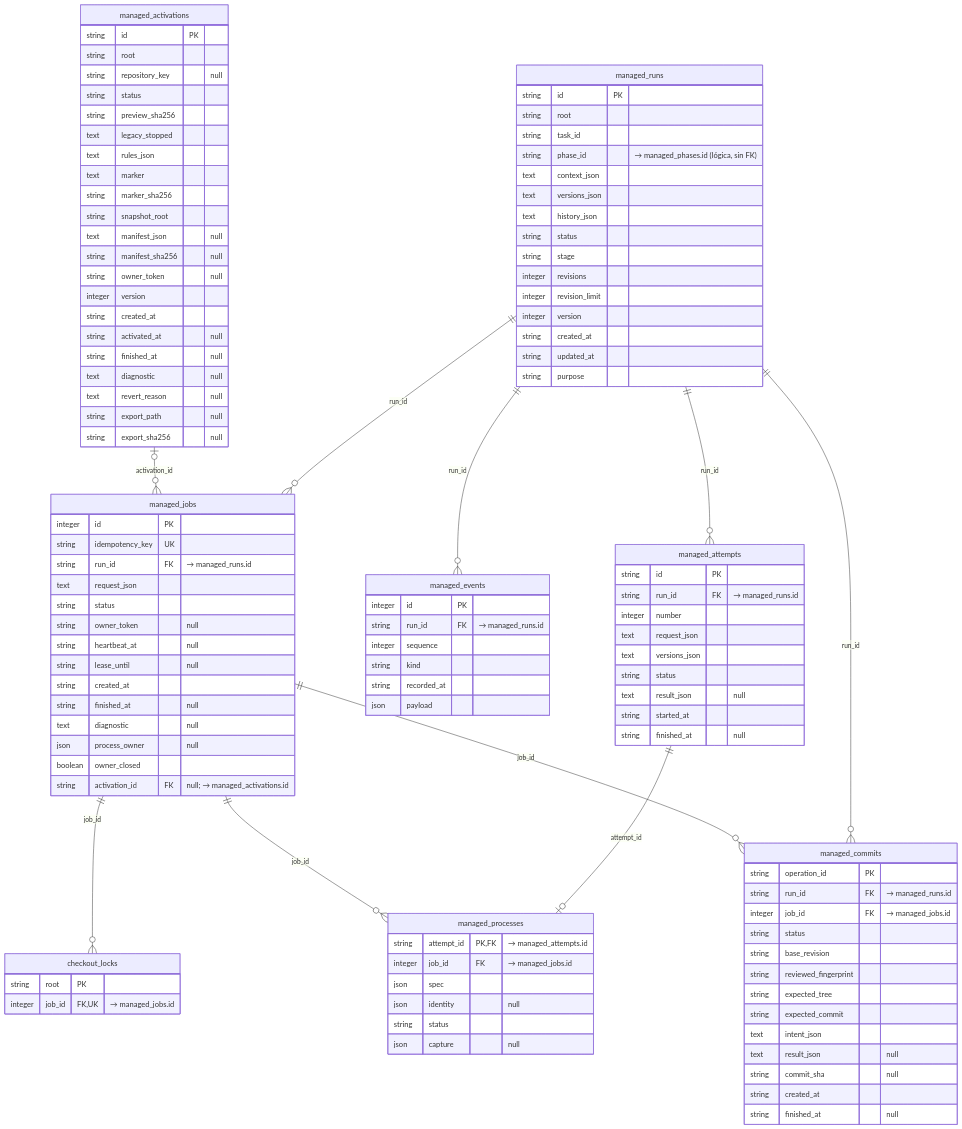
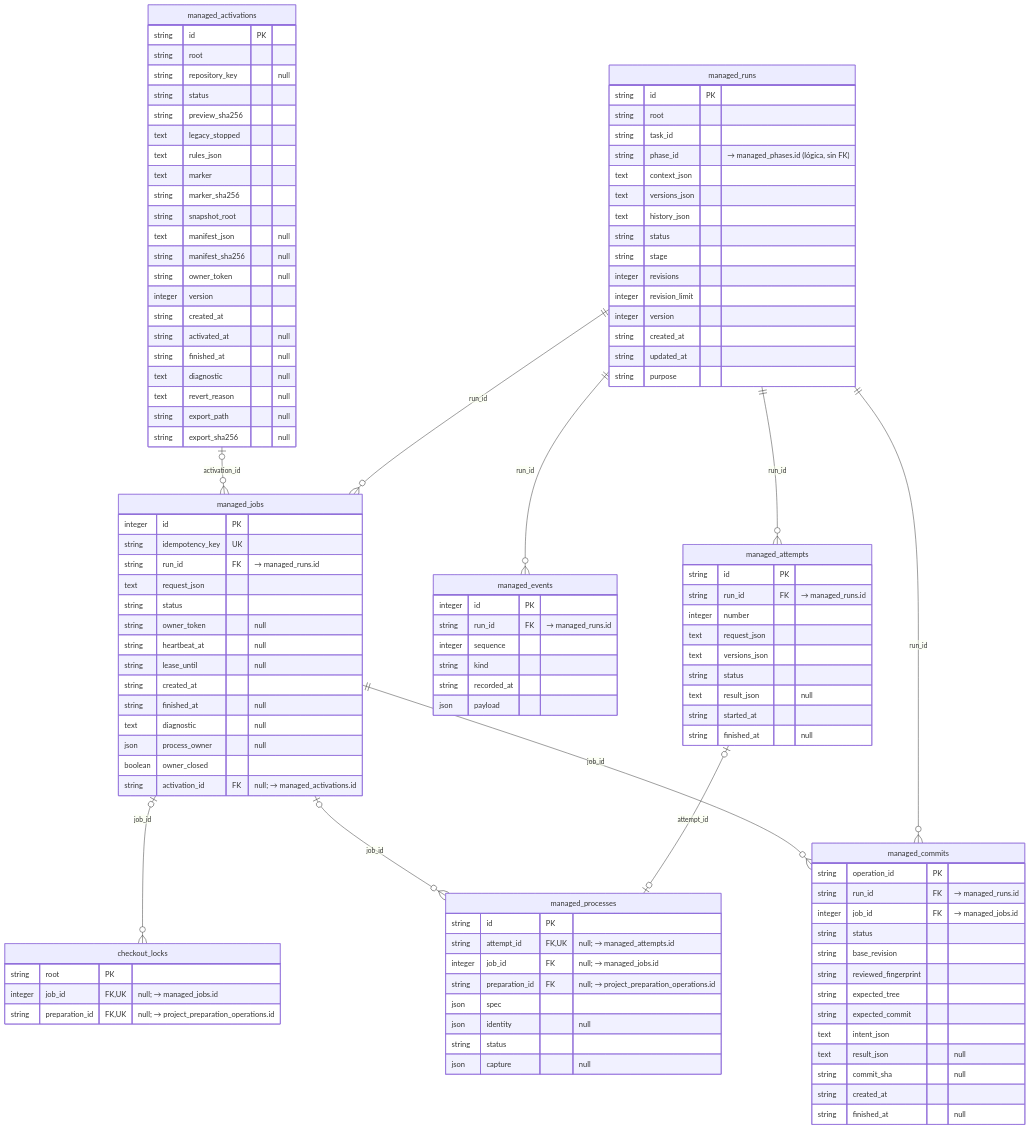
Before and after one commit to AcostaDDev/my-harness-archive: the second of 9 diagrams in docs/DDBB-DIAGRAM.md, drawn with Mermaid. The commit also changed other lines of this file and 45 other files, not shown here.

````diff
--- a/docs/DDBB-DIAGRAM.md
+++ b/docs/DDBB-DIAGRAM.md
@@ -115,11 +115,14 @@
     }
     checkout_locks {
         string root PK
-        integer job_id FK, UK "→ managed_jobs.id"
+        integer job_id FK, UK "null; → managed_jobs.id"
+        string preparation_id FK, UK "null; → project_preparation_operations.id"
     }
     managed_processes {
-        string attempt_id PK, FK "→ managed_attempts.id"
-        integer job_id FK "→ managed_jobs.id"
+        string id PK
+        string attempt_id FK, UK "null; → managed_attempts.id"
+        integer job_id FK "null; → managed_jobs.id"
+        string preparation_id FK "null; → project_preparation_operations.id"
         json spec
         json identity "null"
         string status
@@ -167,9 +170,9 @@
     managed_runs ||--o{ managed_events : "run_id"
     managed_runs ||--o{ managed_jobs : "run_id"
     managed_activations |o--o{ managed_jobs : "activation_id"
-    managed_jobs ||--o{ checkout_locks : "job_id"
-    managed_attempts ||--o| managed_processes : "attempt_id"
-    managed_jobs ||--o{ managed_processes : "job_id"
+    managed_jobs |o--o{ checkout_locks : "job_id"
+    managed_attempts |o--o| managed_processes : "attempt_id"
+    managed_jobs |o--o{ managed_processes : "job_id"
     managed_runs ||--o{ managed_commits : "run_id"
     managed_jobs ||--o{ managed_commits : "job_id"
 ```
````
